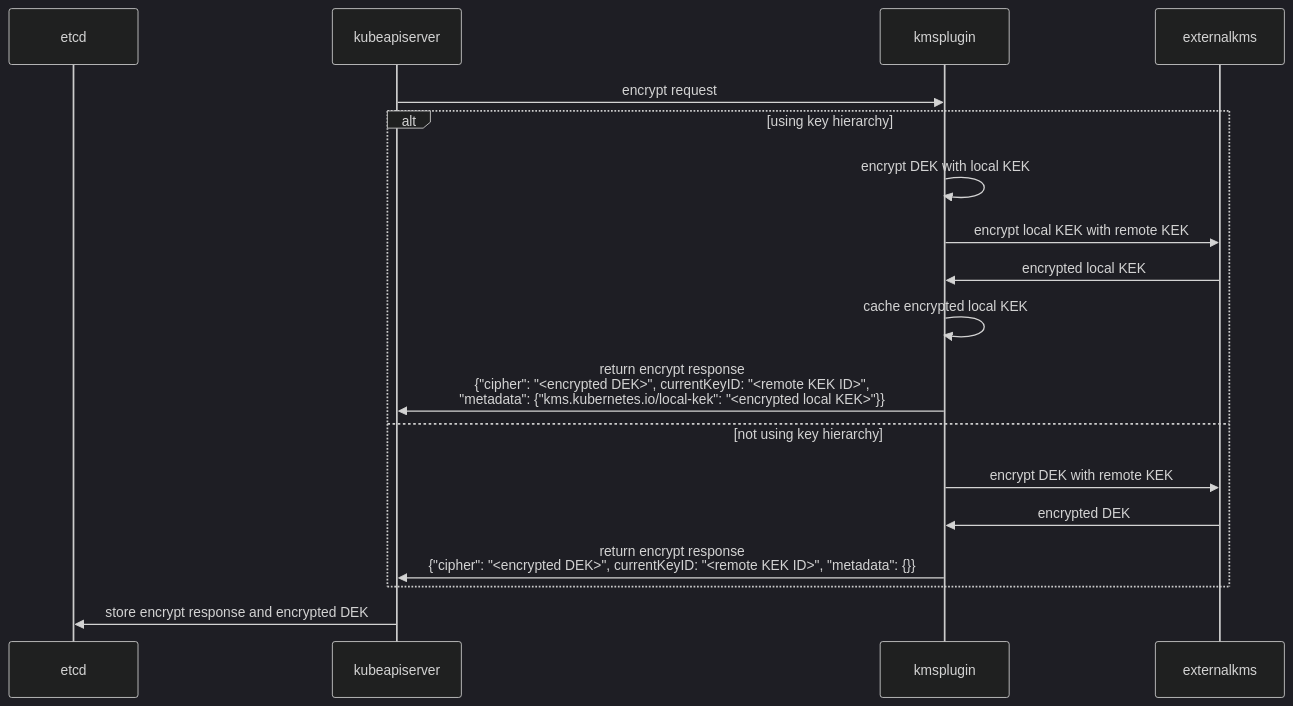
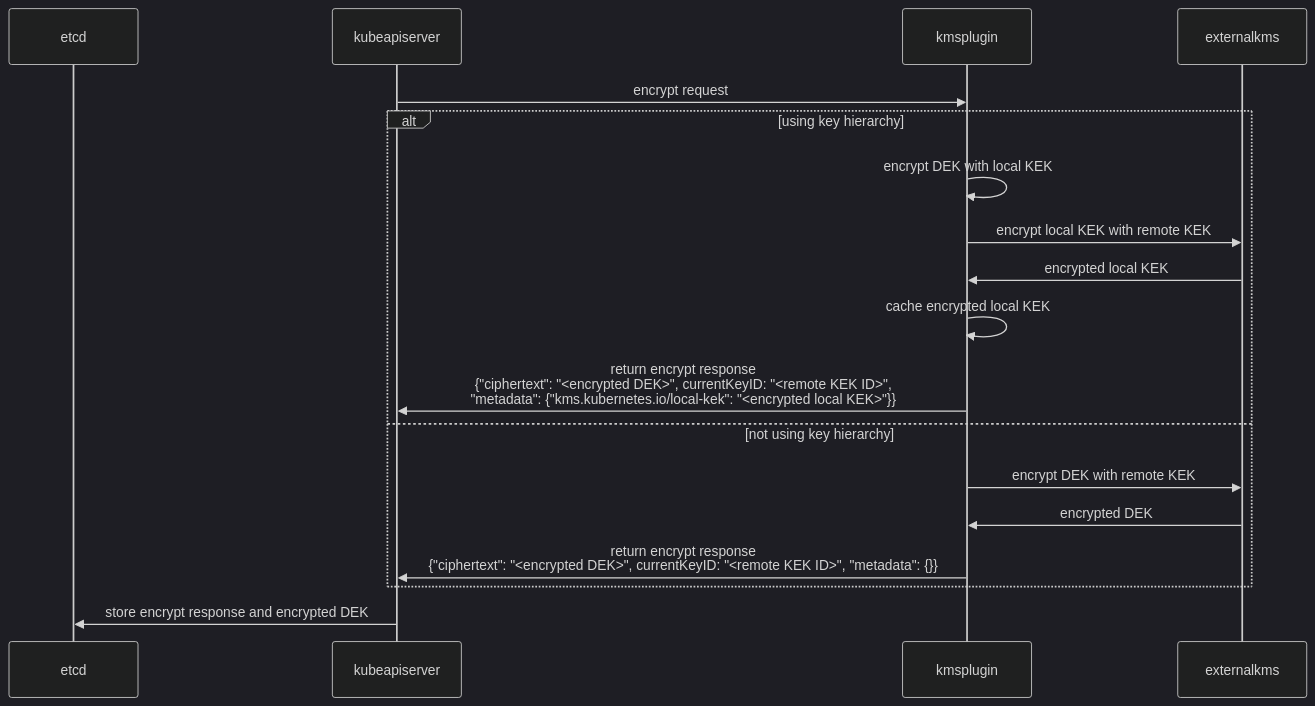
One commit to kubernetes/enhancements changed the first of 2 diagrams in keps/sig-auth/3299-kms-v2-improvements/README.md. Above: the diagram before and after it, drawn with Mermaid (dark theme). The commit also changed other lines of this file, not shown here.

Commit message:
Update cipher to ciphertext, plain to plaintext

````diff
--- a/keps/sig-auth/3299-kms-v2-improvements/README.md
+++ b/keps/sig-auth/3299-kms-v2-improvements/README.md
@@ -297,21 +297,21 @@
 ```mermaid
 sequenceDiagram
     participant etcd
     participant kubeapiserver
     participant kmsplugin
     participant externalkms
     kubeapiserver->>kmsplugin: encrypt request
     alt using key hierarchy
         kmsplugin->>kmsplugin: encrypt DEK with local KEK
         kmsplugin->>externalkms: encrypt local KEK with remote KEK
         externalkms->>kmsplugin: encrypted local KEK
         kmsplugin->>kmsplugin: cache encrypted local KEK
-        kmsplugin->>kubeapiserver: return encrypt response <br/> {"cipher": "<encrypted DEK>", currentKeyID: "<remote KEK ID>", <br/> "metadata": {"kms.kubernetes.io/local-kek": "<encrypted local KEK>"}}
+        kmsplugin->>kubeapiserver: return encrypt response <br/> {"ciphertext": "<encrypted DEK>", currentKeyID: "<remote KEK ID>", <br/> "metadata": {"kms.kubernetes.io/local-kek": "<encrypted local KEK>"}}
     else not using key hierarchy
         %% current behavior
         kmsplugin->>externalkms: encrypt DEK with remote KEK
         externalkms->>kmsplugin: encrypted DEK
-        kmsplugin->>kubeapiserver: return encrypt response <br/> {"cipher": "<encrypted DEK>", currentKeyID: "<remote KEK ID>", "metadata": {}}
+        kmsplugin->>kubeapiserver: return encrypt response <br/> {"ciphertext": "<encrypted DEK>", currentKeyID: "<remote KEK ID>", "metadata": {}}
     end
     kubeapiserver->>etcd: store encrypt response and encrypted DEK
 ```
````
